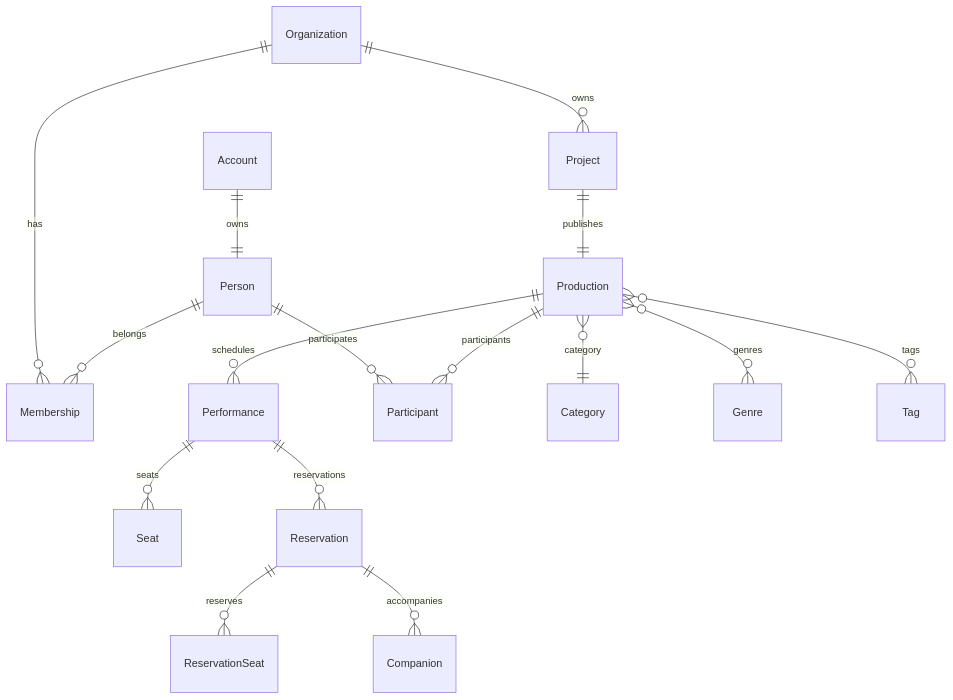
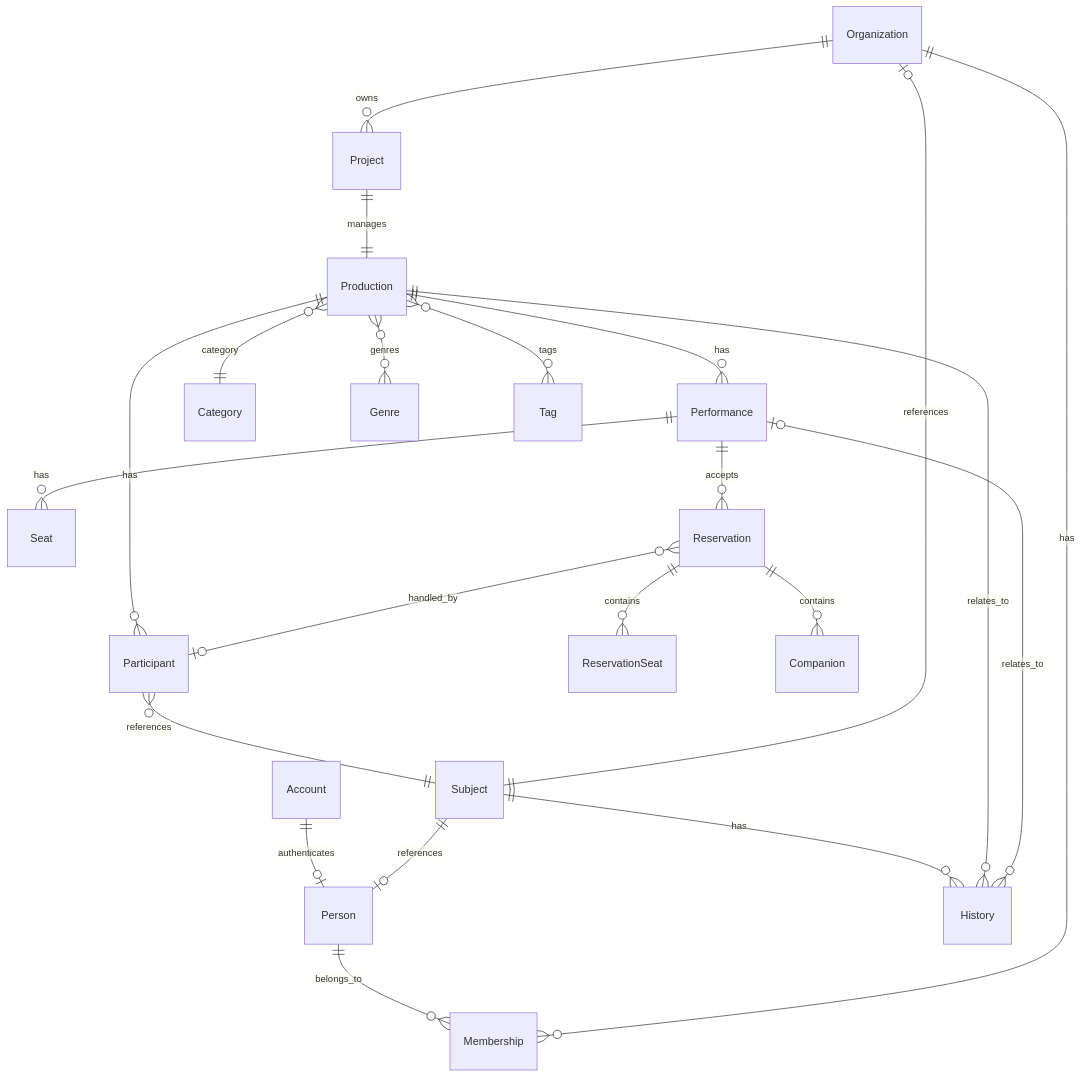
Before and after one commit to nisehatakiti/StageArt: the diagram in docs/05-ERDiagram/LogicalER.md, drawn with Mermaid. The commit also changed other lines of this file, not shown here.

````diff
--- a/docs/05-ERDiagram/LogicalER.md
+++ b/docs/05-ERDiagram/LogicalER.md
@@ -14,29 +23,33 @@
 ```mermaid
 erDiagram
 
-    Account ||--|| Person : owns
+    Account ||--o| Person : authenticates
 
-    Person ||--o{ Membership : belongs
+    Person ||--o{ Membership : belongs_to
     Organization ||--o{ Membership : has
 
     Organization ||--o{ Project : owns
+    Project ||--|| Production : manages
 
-    Project ||--|| Production : publishes
+    Production ||--o{ Performance : has
+    Production ||--o{ Participant : has
 
-    Production ||--o{ Performance : schedules
-    Production ||--o{ Participant : participants
+    Participant }o--|| Subject : references
+    Subject ||--o| Person : references
+    Subject ||--o| Organization : references
 
     Production }o--|| Category : category
     Production }o--o{ Genre : genres
     Production }o--o{ Tag : tags
 
-    Performance ||--o{ Seat : seats
+    Performance ||--o{ Seat : has
+    Performance ||--o{ Reservation : accepts
 
-    Performance ||--o{ Reservation : reservations
+    Reservation }o--o| Participant : handled_by
+    Reservation ||--o{ ReservationSeat : contains
+    Reservation ||--o{ Companion : contains
 
-    Reservation ||--o{ ReservationSeat : reserves
-    Reservation ||--o{ Companion : accompanies
-
-    Person ||--o{ Participant : participates
-
+    Subject ||--o{ History : has
+    History }o--|| Production : relates_to
+    History }o--o| Performance : relates_to
 ```
````
